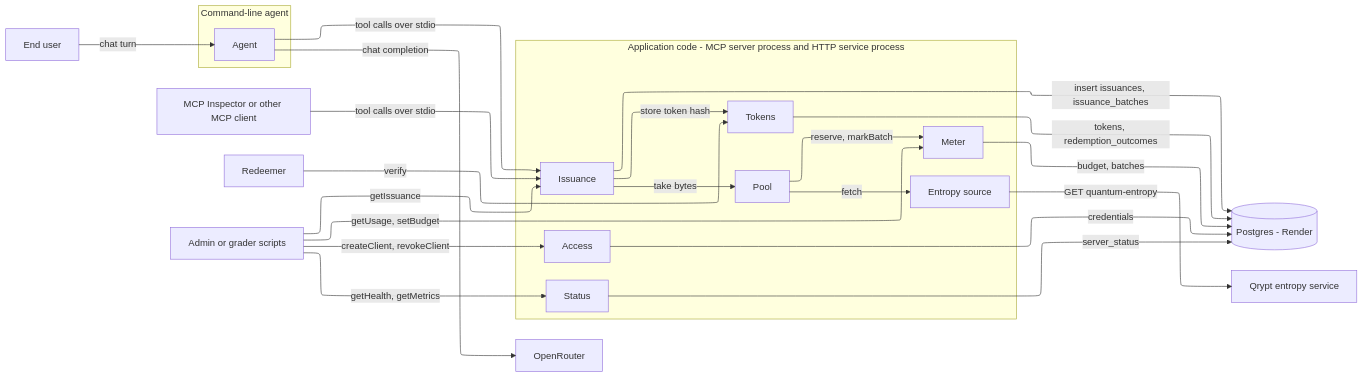
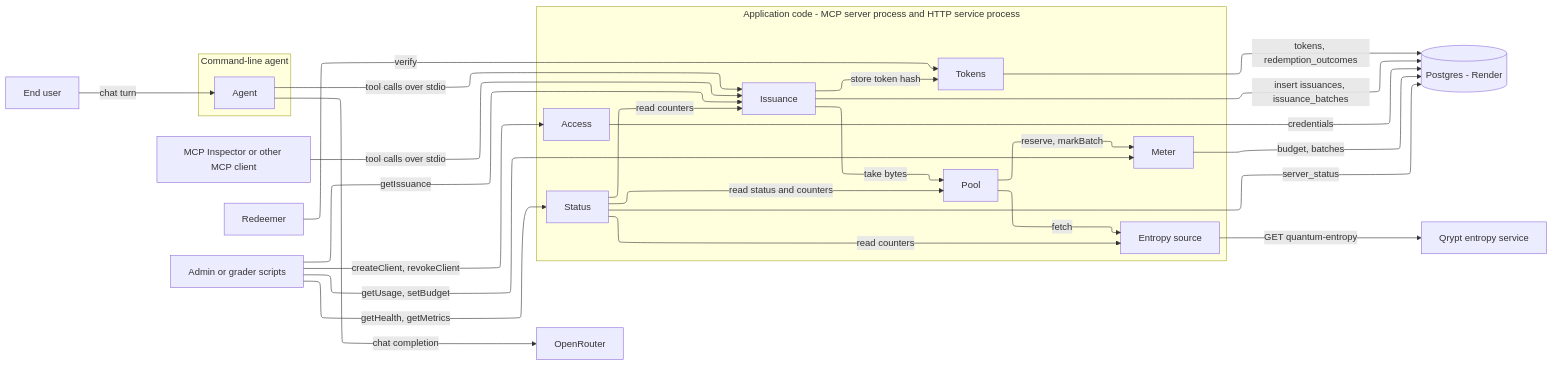
Before and after one commit to ThinkBuildMake/qrypt-quantum-entropy: the first of 9 diagrams in docs/ARCHITECTURE.md, drawn with Mermaid. The commit also changed other lines of this file, not shown here.

First line of the commit message:
Apply fresh-review findings to ARCHITECTURE.md

````diff
--- a/docs/ARCHITECTURE.md
+++ b/docs/ARCHITECTURE.md
@@ -9,42 +9,45 @@
 ```mermaid
 %%{init: {"layout": "elk", "flowchart": {"nodeSpacing": 40, "rankSpacing": 60}}}%%
 flowchart LR
   user[End user]
   inspector[MCP Inspector or other MCP client]
   redeemer[Redeemer]
   admin[Admin or grader scripts]
   subgraph agentbox[Command-line agent]
     agent[Agent]
   end
   subgraph app[Application code - MCP server process and HTTP service process]
     issuance[Issuance]
     pool[Pool]
     source[Entropy source]
     meter[Meter]
     tokens[Tokens]
     status[Status]
     access[Access]
   end
   db[(Postgres - Render)]
   qrypt[Qrypt entropy service]
   model[OpenRouter]
   user -->|chat turn| agent
   agent -->|tool calls over stdio| issuance
   inspector -->|tool calls over stdio| issuance
   agent -->|chat completion| model
   redeemer -->|verify| tokens
   admin -->|getIssuance| issuance
   admin -->|getUsage, setBudget| meter
   admin -->|createClient, revokeClient| access
   admin -->|getHealth, getMetrics| status
   issuance -->|take bytes| pool
   issuance -->|store token hash| tokens
   issuance -->|insert issuances, issuance_batches| db
   pool -->|reserve, markBatch| meter
   pool -->|fetch| source
   source -->|GET quantum-entropy| qrypt
   meter -->|budget, batches| db
   tokens -->|tokens, redemption_outcomes| db
   status -->|server_status| db
+  status -->|read status and counters| pool
+  status -->|read counters| issuance
+  status -->|read counters| source
   access -->|credentials| db
 ```
````
